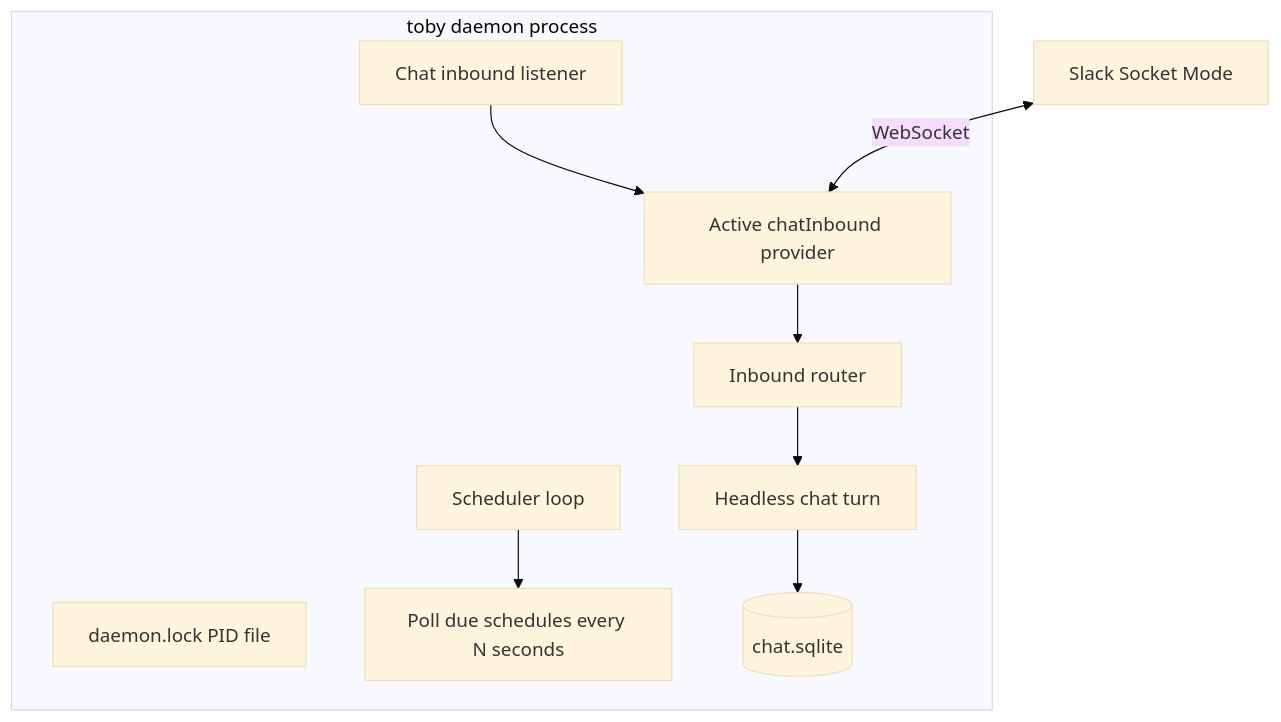
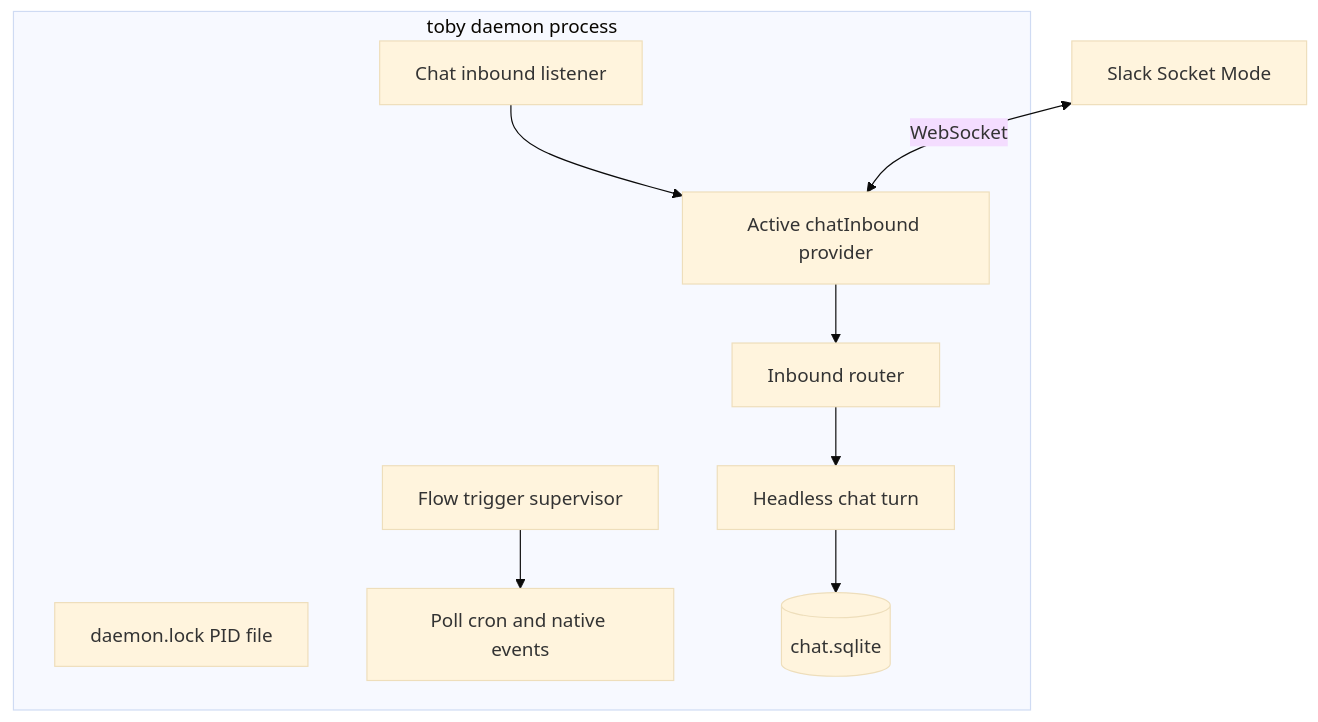
Before and after one commit to kshehadeh/toby: the first of 2 diagrams in docs/daemon.md, drawn with Mermaid (base theme). The commit also changed other lines of this file and 131 other files, not shown here.

First line of the commit message:
feat(flows)!: unify schedules and automations

````diff
--- a/docs/daemon.md
+++ b/docs/daemon.md
@@ -19,14 +19,14 @@
 ```mermaid
 flowchart TB
   subgraph proc [toby daemon process]
     lock[daemon.lock PID file]
-    sched[Scheduler loop]
+    sched[Flow trigger supervisor]
     inbound[Chat inbound listener]
-    sched --> schedPoll[Poll due schedules every N seconds]
+    sched --> schedPoll[Poll cron and native events]
     inbound --> provider[Active chatInbound provider]
     provider --> router[Inbound router]
     router --> headless[Headless chat turn]
     headless --> sqlite[(chat.sqlite)]
   end
   slack[Slack Socket Mode] <-->|WebSocket| provider
 ```
````
